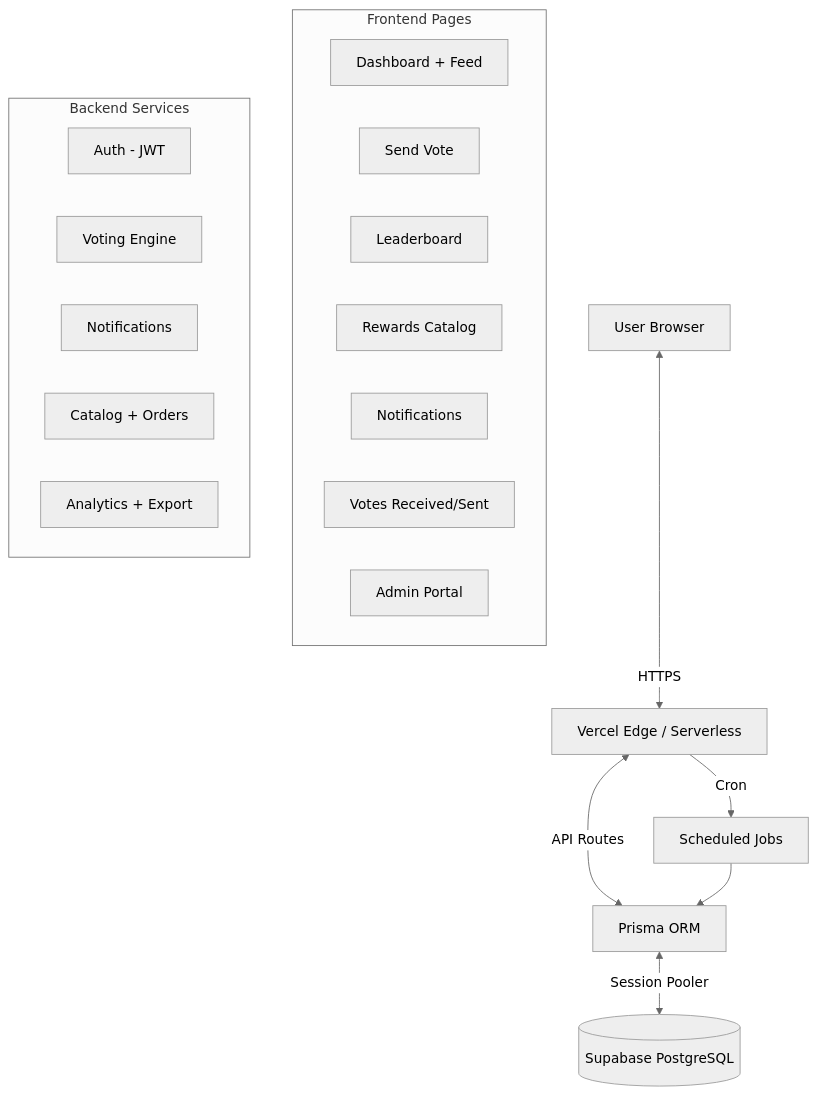
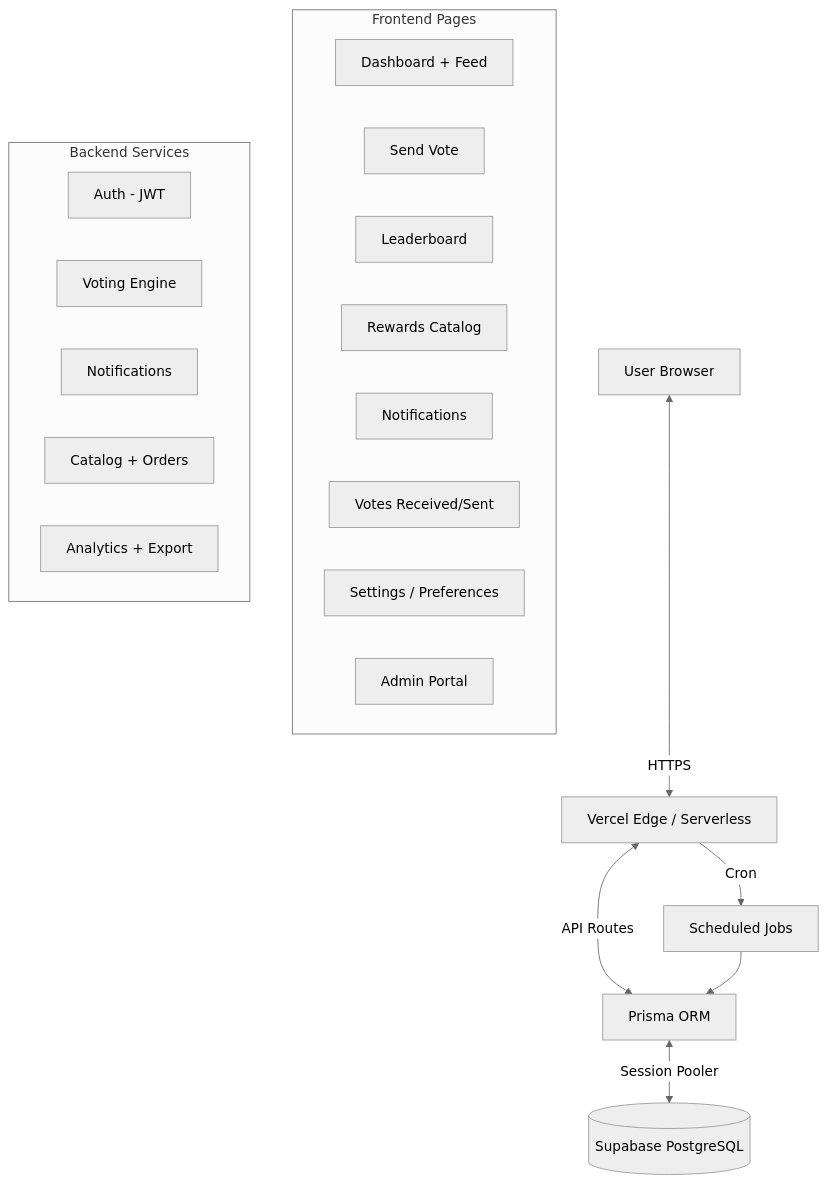
The diagram in docs/SRS.md (matt-dinh13/empulse), drawn with Mermaid (neutral theme) before and after one commit. The commit also changed other lines of this file and 7 other files, not shown here.

````diff
--- a/docs/SRS.md
+++ b/docs/SRS.md
@@ -20,26 +20,27 @@
 ```mermaid
 graph TD
     User[User Browser] <-->|HTTPS| Vercel[Vercel Edge / Serverless]
     Vercel <-->|API Routes| Prisma[Prisma ORM]
     Prisma <-->|Session Pooler| Supabase[(Supabase PostgreSQL)]
     Vercel -->|Cron| CronJobs[Scheduled Jobs]
     CronJobs --> Prisma
 
     subgraph Frontend Pages
         Dashboard[Dashboard + Feed]
         SendVote[Send Vote]
         Leaderboard[Leaderboard]
         Catalog[Rewards Catalog]
         Notifications[Notifications]
         VoteHistory[Votes Received/Sent]
+        Settings[Settings / Preferences]
         AdminPortal[Admin Portal]
     end
 
     subgraph Backend Services
         AuthService[Auth - JWT]
         VoteService[Voting Engine]
         NotificationService[Notifications]
         RewardService[Catalog + Orders]
         AnalyticsService[Analytics + Export]
     end
 ```
````
